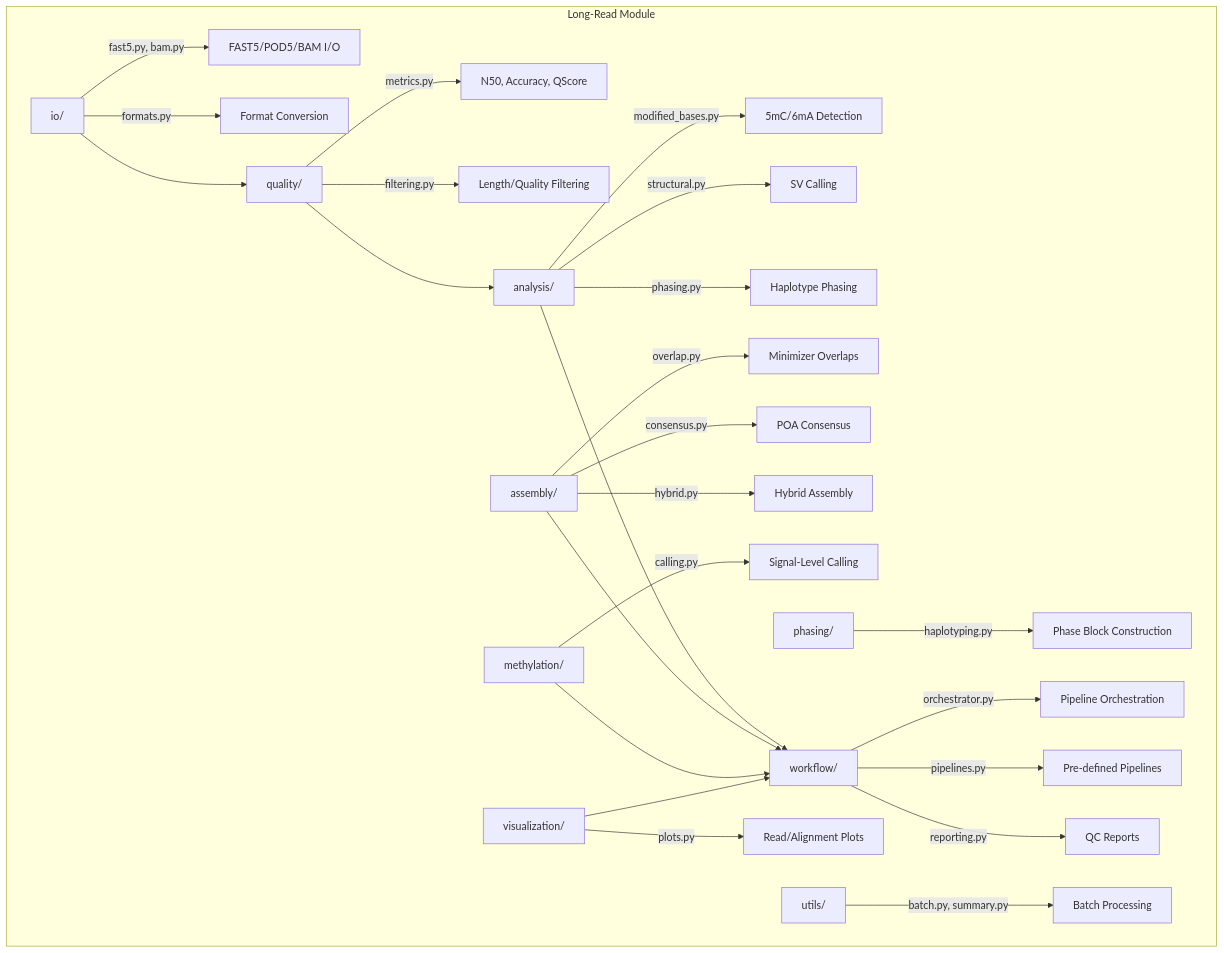
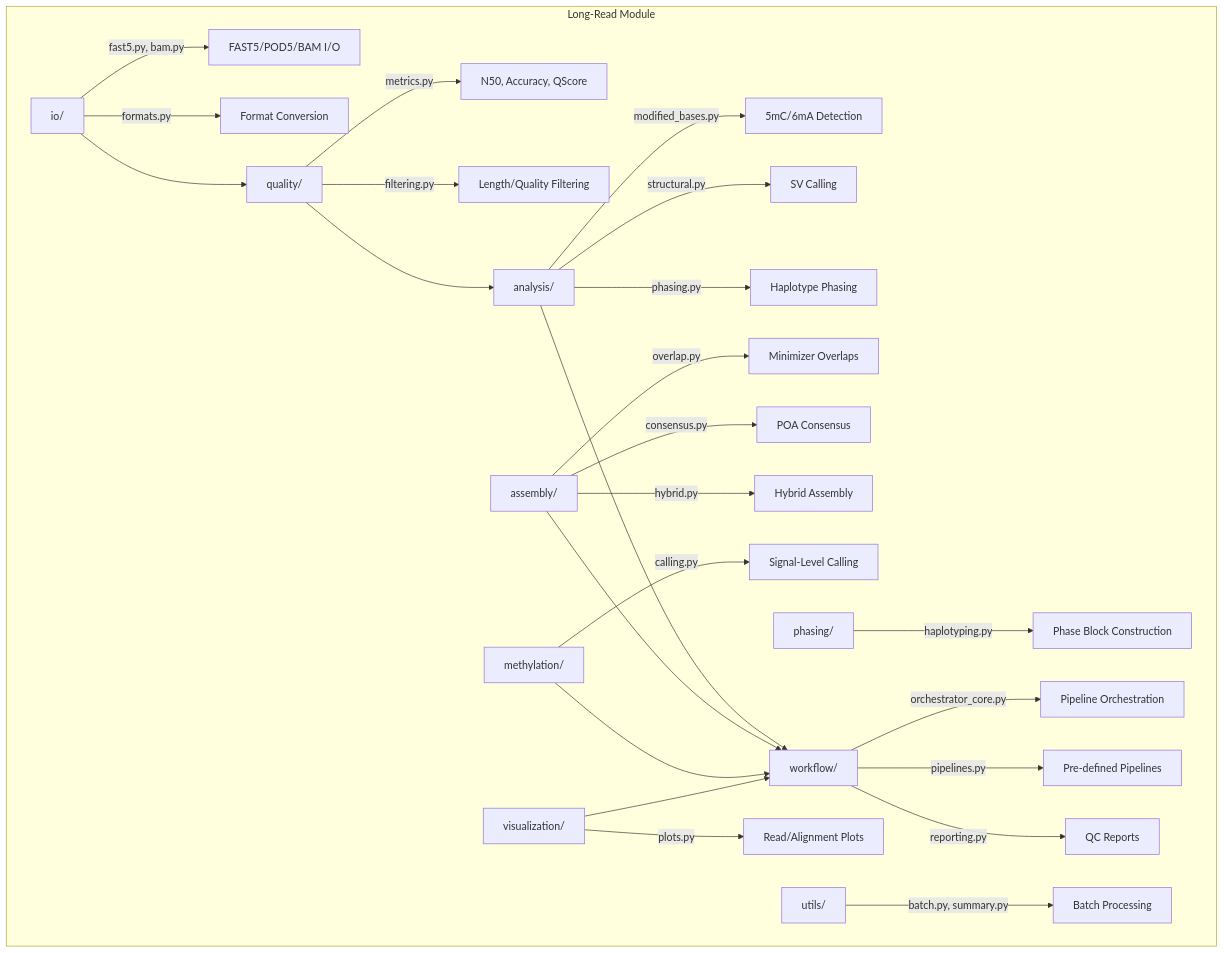
One commit to docxology/MetaInformAnt changed the diagram in src/metainformant/longread/README.md. Above: the diagram before and after it, drawn with Mermaid. The commit also changed other lines of this file and 633 other files, not shown here.

````diff
--- a/src/metainformant/longread/README.md
+++ b/src/metainformant/longread/README.md
@@ -23,37 +23,37 @@
 ```mermaid
 graph TD
     subgraph "Long-Read Module"
         IO[io/] --> |fast5.py, bam.py| F[FAST5/POD5/BAM I/O]
         IO --> |formats.py| FMT[Format Conversion]
 
         Q[quality/] --> |metrics.py| QM[N50, Accuracy, QScore]
         Q --> |filtering.py| QF[Length/Quality Filtering]
 
         AN[analysis/] --> |modified_bases.py| MB[5mC/6mA Detection]
         AN --> |structural.py| SV[SV Calling]
         AN --> |phasing.py| PH[Haplotype Phasing]
 
         AS[assembly/] --> |overlap.py| OV[Minimizer Overlaps]
         AS --> |consensus.py| CO[POA Consensus]
         AS --> |hybrid.py| HY[Hybrid Assembly]
 
         ME[methylation/] --> |calling.py| MC[Signal-Level Calling]
 
         PHA[phasing/] --> |haplotyping.py| HT[Phase Block Construction]
 
-        W[workflow/] --> |orchestrator.py| OR[Pipeline Orchestration]
+        W[workflow/] --> |orchestrator_core.py| OR[Pipeline Orchestration]
         W --> |pipelines.py| PI[Pre-defined Pipelines]
         W --> |reporting.py| RE[QC Reports]
 
         V[visualization/] --> |plots.py| VP[Read/Alignment Plots]
 
         U[utils/] --> |batch.py, summary.py| UT[Batch Processing]
     end
 
     IO --> Q
     Q --> AN
     AN --> W
     AS --> W
     ME --> W
     V --> W
 ```
````
